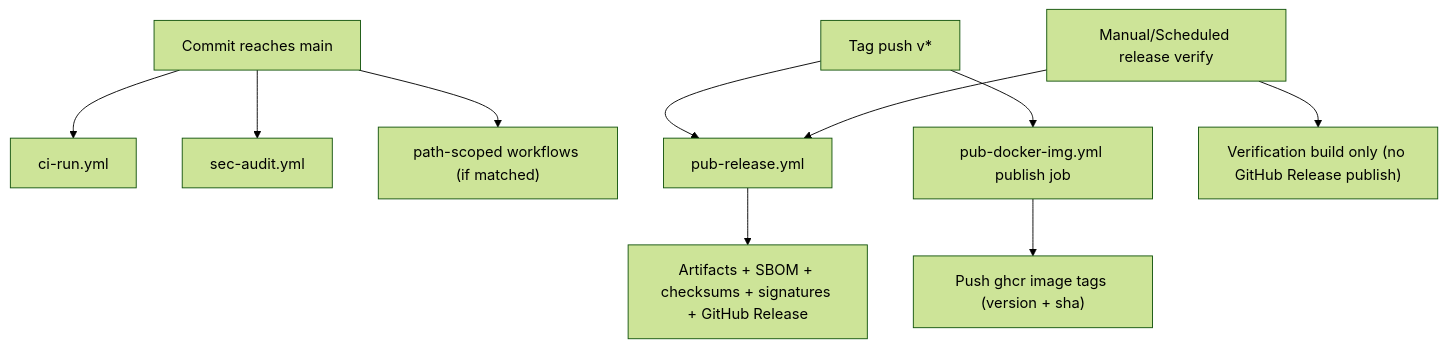
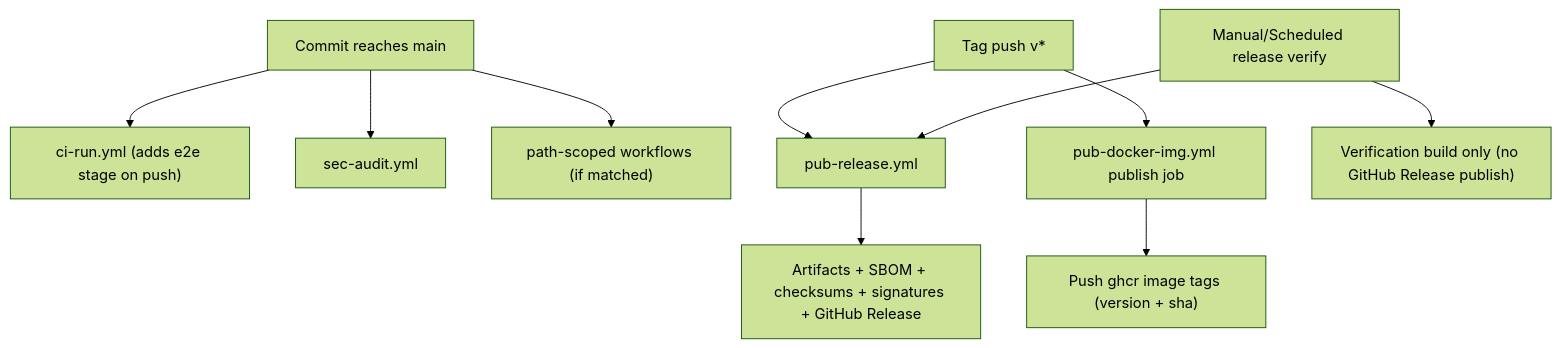
One commit to RantAI-dev/RantAIClaw changed the second of 2 diagrams in .github/workflows/main-branch-flow.md. Above: the diagram before and after it, drawn with Mermaid (forest theme). The commit also changed other lines of this file and 154 other files, not shown here.

````diff
--- a/.github/workflows/main-branch-flow.md
+++ b/.github/workflows/main-branch-flow.md
@@ -200,12 +120,12 @@
 ```mermaid
 flowchart TD
-  A["Commit reaches main"] --> B["ci-run.yml"]
+  A["Commit reaches main"] --> B["ci-run.yml (adds e2e stage on push)"]
   A --> C["sec-audit.yml"]
   A --> D["path-scoped workflows (if matched)"]
   T["Tag push v*"] --> R["pub-release.yml"]
   W["Manual/Scheduled release verify"] --> R
   T --> P["pub-docker-img.yml publish job"]
   R --> R1["Artifacts + SBOM + checksums + signatures + GitHub Release"]
   W --> R2["Verification build only (no GitHub Release publish)"]
   P --> P1["Push ghcr image tags (version + sha)"]
 ```
````
